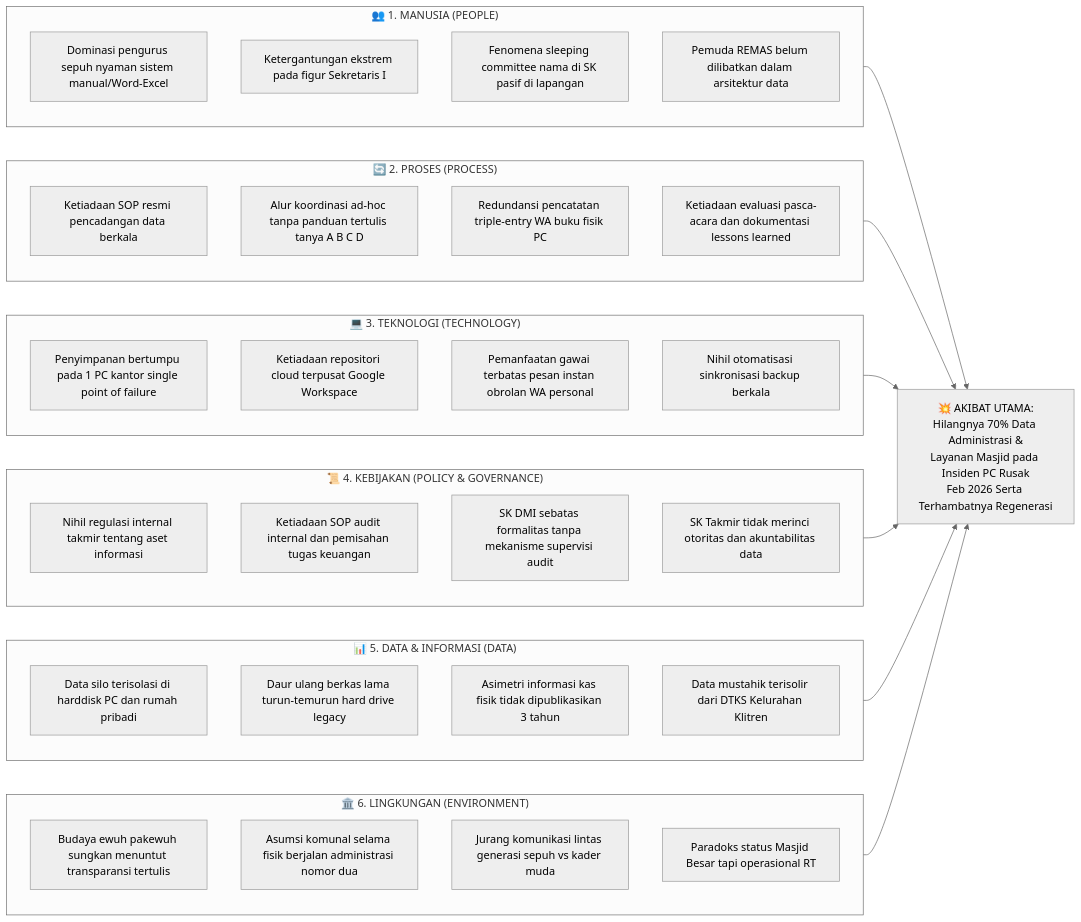
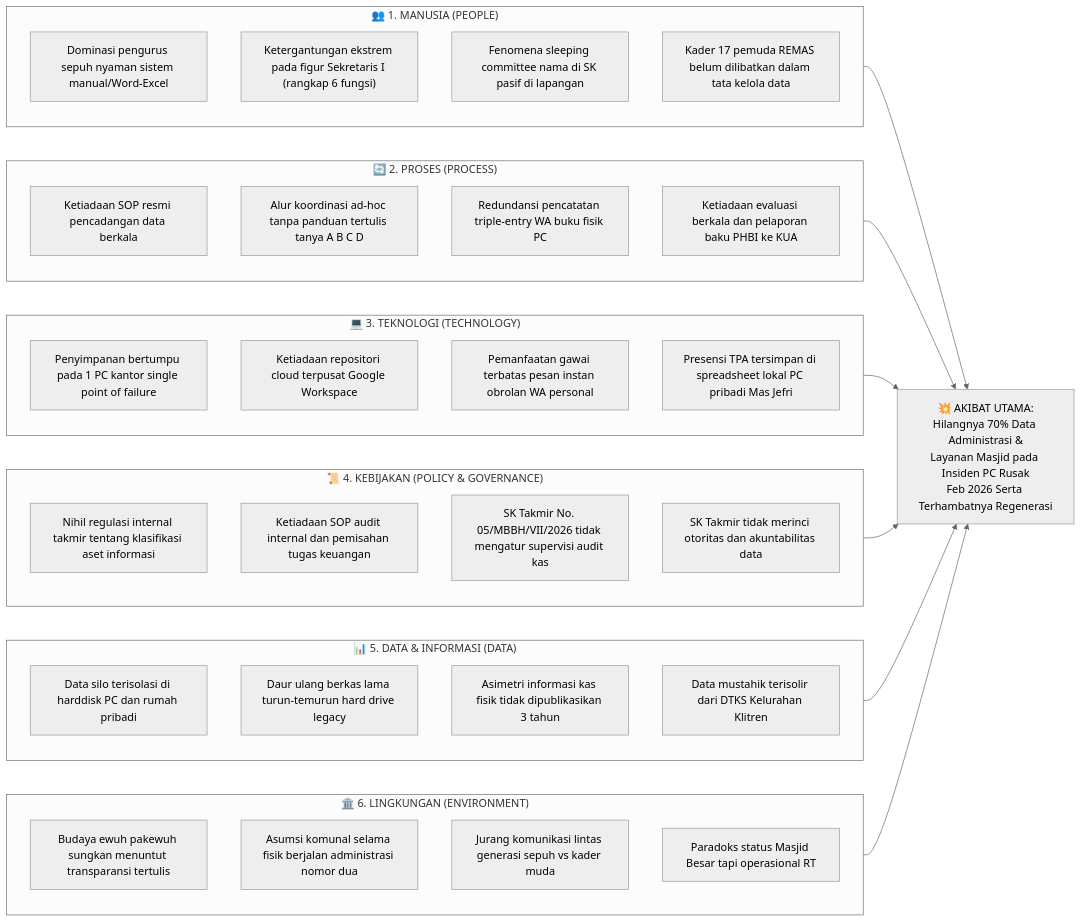
One commit to anothersunrisee/project-MSI changed the first of 2 diagrams in Laporan Modul 3 - Kelompok 1 F1.md. Above: the diagram before and after it, drawn with Mermaid (neutral theme). The commit also changed other lines of this file and 3 other files, not shown here.

Commit message:
fix(reports-audit): harmonize mermaid diagrams across modules 1-3, update AGENTS.md mermaid audit protocol, and align module 3 with Bu Ratna's guidance

````diff
--- a/Laporan Modul 3 - Kelompok 1 F1.md
+++ b/Laporan Modul 3 - Kelompok 1 F1.md
@@ -87,53 +87,53 @@
 ```mermaid
 flowchart LR
     subgraph P["👥 1. MANUSIA (PEOPLE)"]
         P1["Dominasi pengurus sepuh nyaman sistem manual/Word-Excel"]
-        P2["Ketergantungan ekstrem pada figur Sekretaris I"]
+        P2["Ketergantungan ekstrem pada figur Sekretaris I (rangkap 6 fungsi)"]
         P3["Fenomena sleeping committee nama di SK pasif di lapangan"]
-        P4["Pemuda REMAS belum dilibatkan dalam arsitektur data"]
+        P4["Kader 17 pemuda REMAS belum dilibatkan dalam tata kelola data"]
     end
 
     subgraph PR["🔄 2. PROSES (PROCESS)"]
         PR1["Ketiadaan SOP resmi pencadangan data berkala"]
         PR2["Alur koordinasi ad-hoc tanpa panduan tertulis tanya A B C D"]
         PR3["Redundansi pencatatan triple-entry WA buku fisik PC"]
-        PR4["Ketiadaan evaluasi pasca-acara dan dokumentasi lessons learned"]
+        PR4["Ketiadaan evaluasi berkala dan pelaporan baku PHBI ke KUA"]
     end
 
     subgraph T["💻 3. TEKNOLOGI (TECHNOLOGY)"]
         T1["Penyimpanan bertumpu pada 1 PC kantor single point of failure"]
         T2["Ketiadaan repositori cloud terpusat Google Workspace"]
         T3["Pemanfaatan gawai terbatas pesan instan obrolan WA personal"]
-        T4["Nihil otomatisasi sinkronisasi backup berkala"]
+        T4["Presensi TPA tersimpan di spreadsheet lokal PC pribadi Mas Jefri"]
     end
 
     subgraph POL["📜 4. KEBIJAKAN (POLICY & GOVERNANCE)"]
-        POL1["Nihil regulasi internal takmir tentang aset informasi"]
+        POL1["Nihil regulasi internal takmir tentang klasifikasi aset informasi"]
         POL2["Ketiadaan SOP audit internal dan pemisahan tugas keuangan"]
-        POL3["SK DMI sebatas formalitas tanpa mekanisme supervisi audit"]
+        POL3["SK Takmir No. 05/MBBH/VII/2026 tidak mengatur supervisi audit kas"]
         POL4["SK Takmir tidak merinci otoritas dan akuntabilitas data"]
     end
 
     subgraph D["📊 5. DATA & INFORMASI (DATA)"]
         D1["Data silo terisolasi di harddisk PC dan rumah pribadi"]
         D2["Daur ulang berkas lama turun-temurun hard drive legacy"]
         D3["Asimetri informasi kas fisik tidak dipublikasikan 3 tahun"]
         D4["Data mustahik terisolir dari DTKS Kelurahan Klitren"]
     end
 
     subgraph E["🏛️ 6. LINGKUNGAN (ENVIRONMENT)"]
         E1["Budaya ewuh pakewuh sungkan menuntut transparansi tertulis"]
         E2["Asumsi komunal selama fisik berjalan administrasi nomor dua"]
         E3["Jurang komunikasi lintas generasi sepuh vs kader muda"]
         E4["Paradoks status Masjid Besar tapi operasional RT"]
     end
 
     AKIBAT["💥 AKIBAT UTAMA:\nHilangnya 70% Data Administrasi &\nLayanan Masjid pada Insiden PC Rusak\nFeb 2026 Serta Terhambatnya Regenerasi"]
 
     P --> AKIBAT
     PR --> AKIBAT
     T --> AKIBAT
     POL --> AKIBAT
     D --> AKIBAT
     E --> AKIBAT
 ```
````
